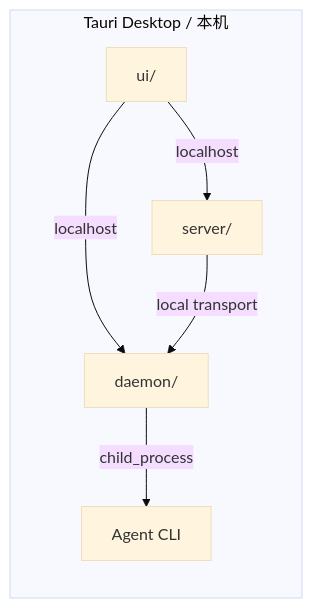
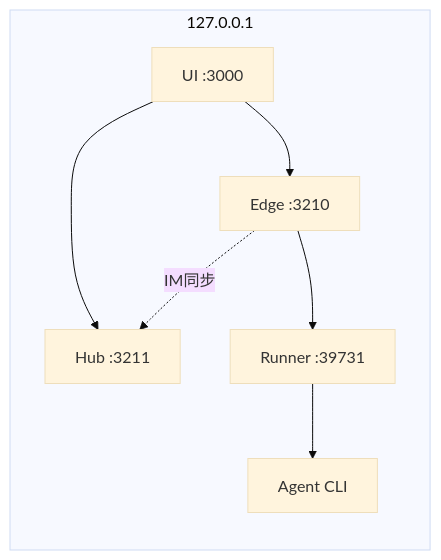
Before and after one commit to TokenDanceLab/AgentHub: the fifth of 10 diagrams in docs/architecture.md, drawn with Mermaid (base theme). The commit also changed other lines of this file and 62 other files, not shown here.

Commit message:
refactor: 重构为 Hub-Edge-Runner 工程化 monorepo

````diff
--- a/docs/architecture.md
+++ b/docs/architecture.md
@@ -87,14 +106,16 @@
 ```mermaid
 graph LR
-    subgraph Desktop["Tauri Desktop / 本机"]
-        UI["ui/"]
-        Server["server/"]
-        Daemon["daemon/"]
+    subgraph Local["127.0.0.1"]
+        UI["UI :3000"]
+        Edge["Edge :3210"]
+        Hub["Hub :3211"]
+        Runner["Runner :39731"]
         Agent["Agent CLI"]
     end
 
-    UI -->|"localhost"| Server
-    UI -->|"localhost"| Daemon
-    Server -->|"local transport"| Daemon
-    Daemon -->|"child_process"| Agent
+    UI --> Edge
+    UI --> Hub
+    Edge --> Runner
+    Edge -.->|"IM同步"| Hub
+    Runner --> Agent
 ```
````
